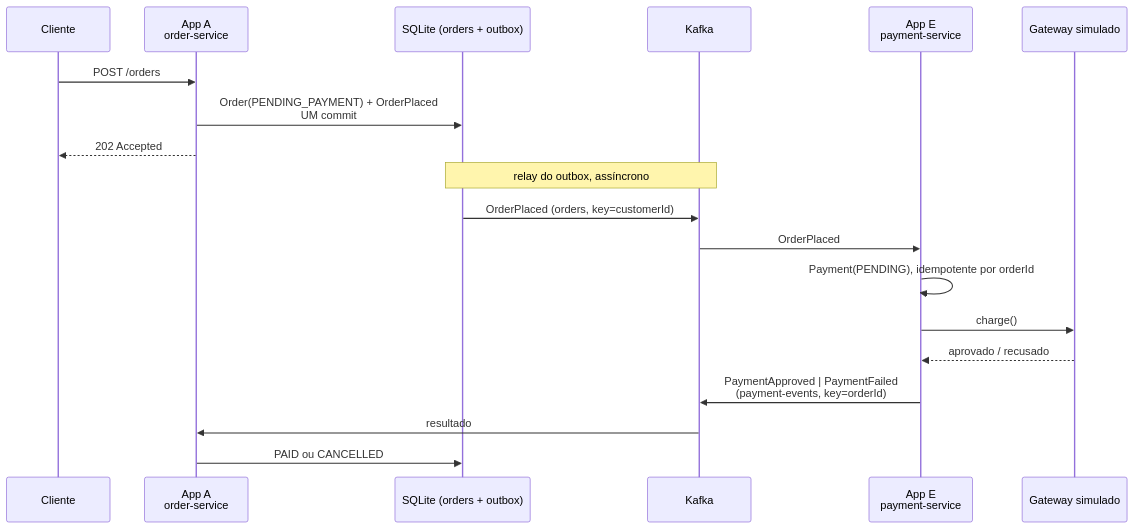
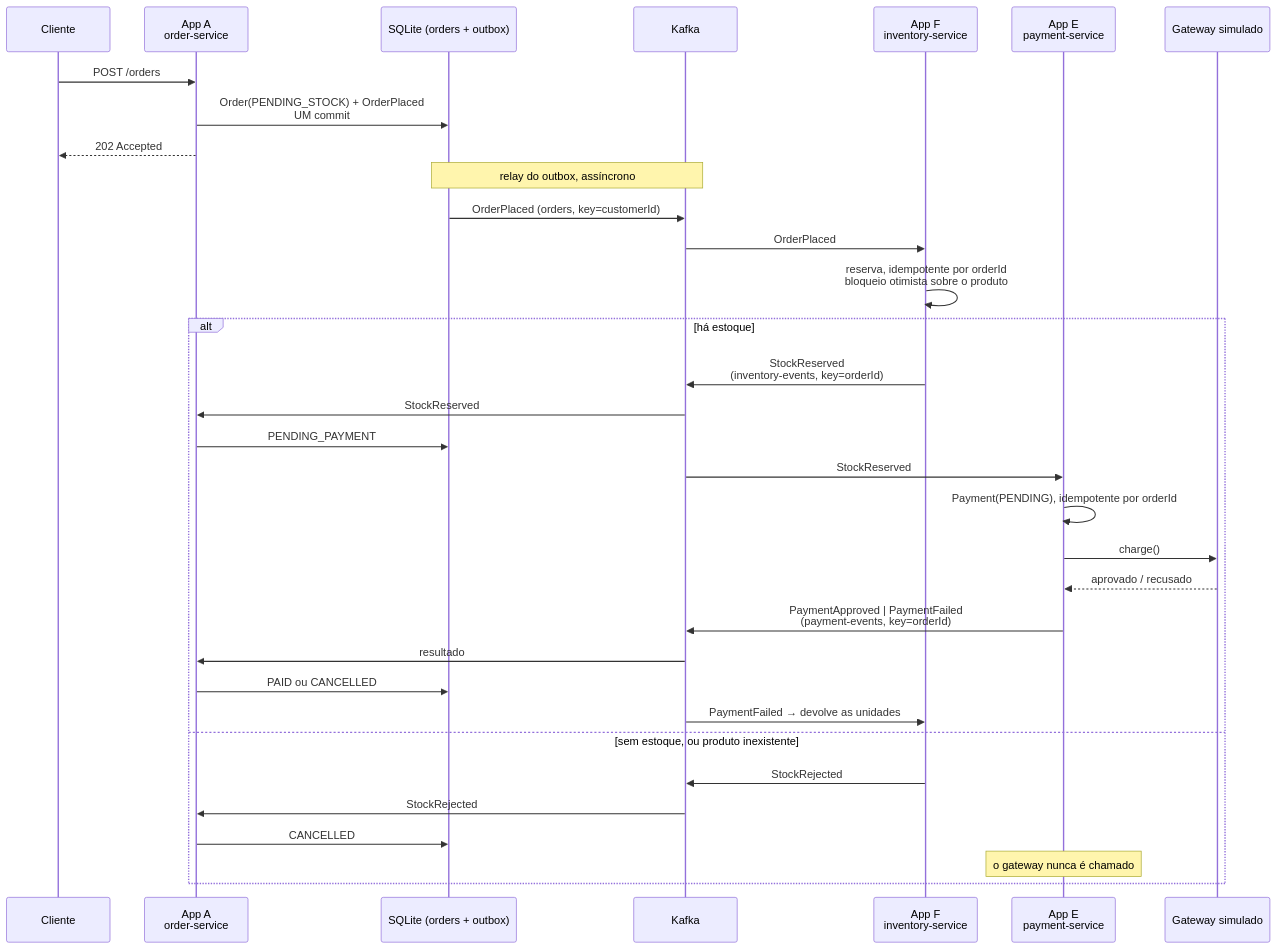
The second of 7 diagrams in README.md (joaolaureano/training_kafka), drawn with Mermaid before and after one commit. The commit also changed other lines of this file and 221 other files, not shown here.

First line of the commit message:
Add inventory-service, and reserve stock before charging

````diff
--- a/README.md
+++ b/README.md
@@ -49,22 +65,36 @@
 ```mermaid
 sequenceDiagram
     participant C as Cliente
     participant O as App A<br/>order-service
     participant DB as SQLite (orders + outbox)
     participant K as Kafka
+    participant I as App F<br/>inventory-service
     participant P as App E<br/>payment-service
     participant G as Gateway simulado
 
     C->>O: POST /orders
-    O->>DB: Order(PENDING_PAYMENT) + OrderPlaced<br/>UM commit
+    O->>DB: Order(PENDING_STOCK) + OrderPlaced<br/>UM commit
     O-->>C: 202 Accepted
     Note over DB,K: relay do outbox, assíncrono
     DB->>K: OrderPlaced (orders, key=customerId)
-    K->>P: OrderPlaced
-    P->>P: Payment(PENDING), idempotente por orderId
-    P->>G: charge()
-    G-->>P: aprovado / recusado
-    P->>K: PaymentApproved | PaymentFailed<br/>(payment-events, key=orderId)
-    K->>O: resultado
-    O->>DB: PAID ou CANCELLED
+    K->>I: OrderPlaced
+    I->>I: reserva, idempotente por orderId<br/>bloqueio otimista sobre o produto
+    alt há estoque
+        I->>K: StockReserved<br/>(inventory-events, key=orderId)
+        K->>O: StockReserved
+        O->>DB: PENDING_PAYMENT
+        K->>P: StockReserved
+        P->>P: Payment(PENDING), idempotente por orderId
+        P->>G: charge()
+        G-->>P: aprovado / recusado
+        P->>K: PaymentApproved | PaymentFailed<br/>(payment-events, key=orderId)
+        K->>O: resultado
+        O->>DB: PAID ou CANCELLED
+        K->>I: PaymentFailed → devolve as unidades
+    else sem estoque, ou produto inexistente
+        I->>K: StockRejected
+        K->>O: StockRejected
+        O->>DB: CANCELLED
+        Note over P: o gateway nunca é chamado
+    end
 ```
````
